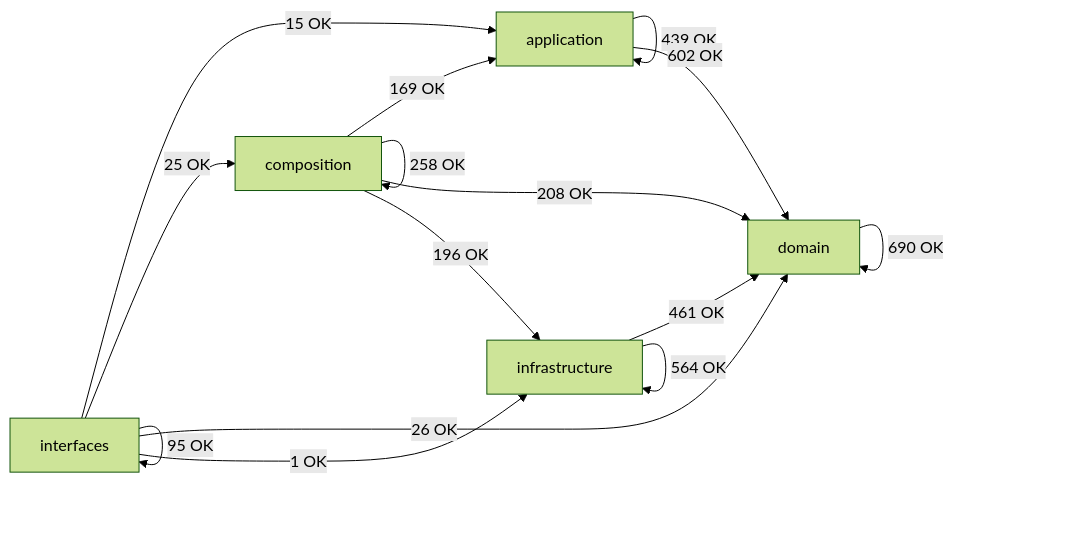
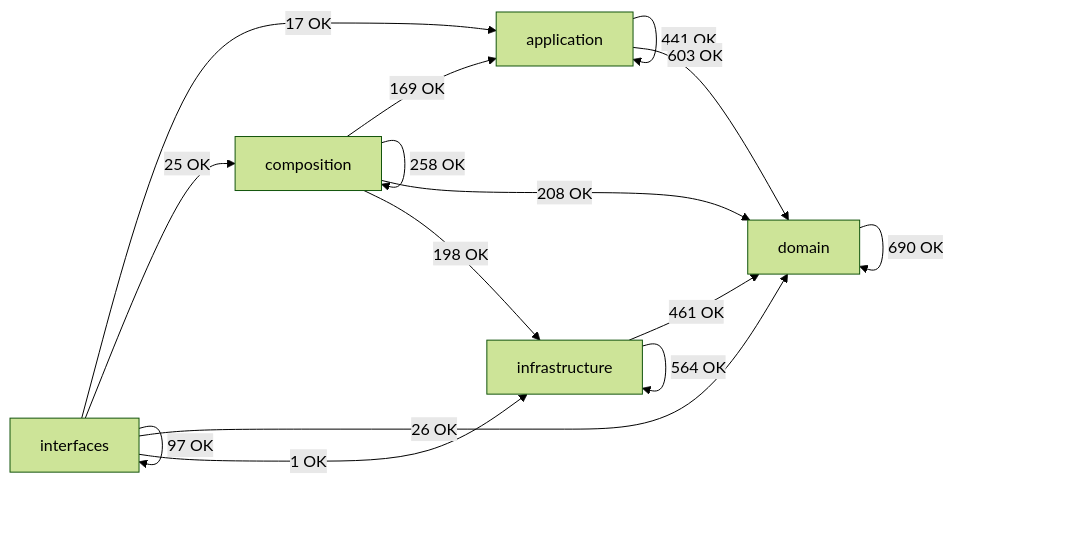
The diagram in docs/02-architecture/generated/module-dependency-map.md (SatoryKono/BioactivityDataAcquisition), drawn with Mermaid (forest theme) before and after one commit. The commit also changed other lines of this file and 21 other files, not shown here.

````diff
--- a/docs/02-architecture/generated/module-dependency-map.md
+++ b/docs/02-architecture/generated/module-dependency-map.md
@@ -16,22 +16,22 @@
 ```mermaid
 flowchart LR
     domain[domain]
     application[application]
     infrastructure[infrastructure]
     composition[composition]
     interfaces[interfaces]
-    application -->|439 OK| application
-    application -->|602 OK| domain
+    application -->|441 OK| application
+    application -->|603 OK| domain
     composition -->|169 OK| application
     composition -->|258 OK| composition
     composition -->|208 OK| domain
-    composition -->|196 OK| infrastructure
+    composition -->|198 OK| infrastructure
     domain -->|690 OK| domain
     infrastructure -->|461 OK| domain
     infrastructure -->|564 OK| infrastructure
-    interfaces -->|15 OK| application
+    interfaces -->|17 OK| application
     interfaces -->|25 OK| composition
     interfaces -->|26 OK| domain
     interfaces -->|1 OK| infrastructure
-    interfaces -->|95 OK| interfaces
+    interfaces -->|97 OK| interfaces
 ```
````
